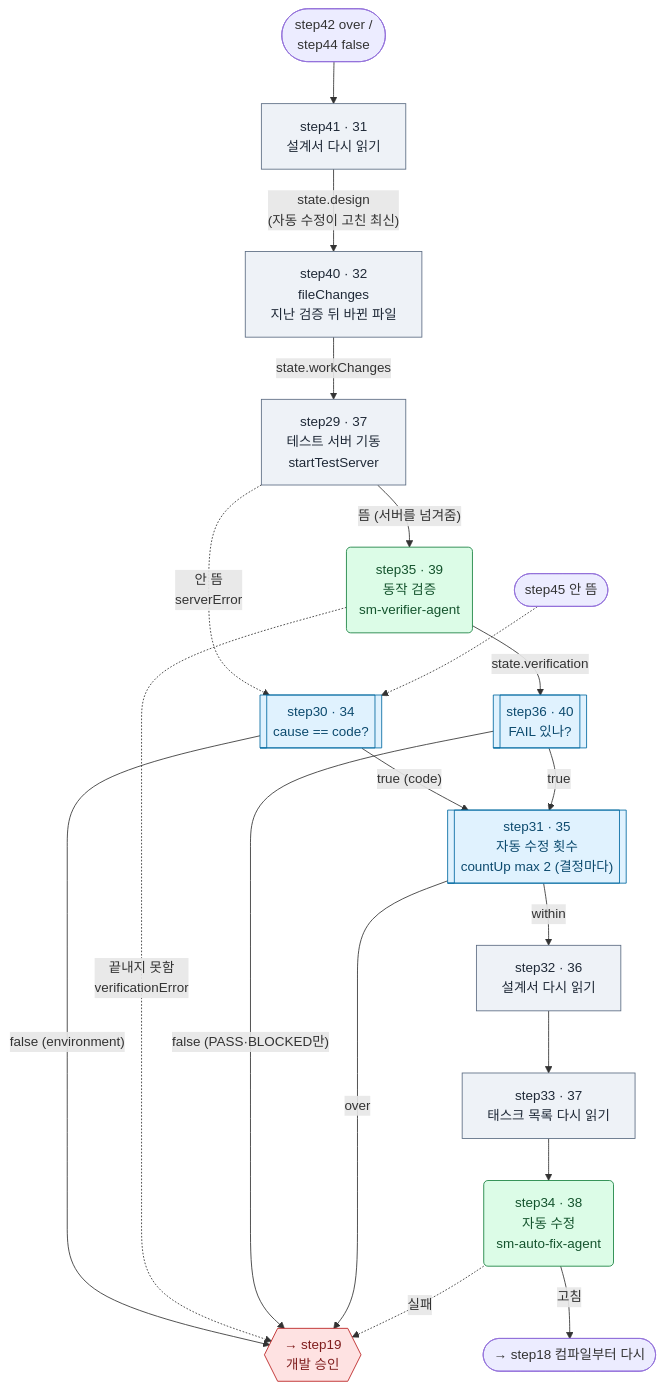
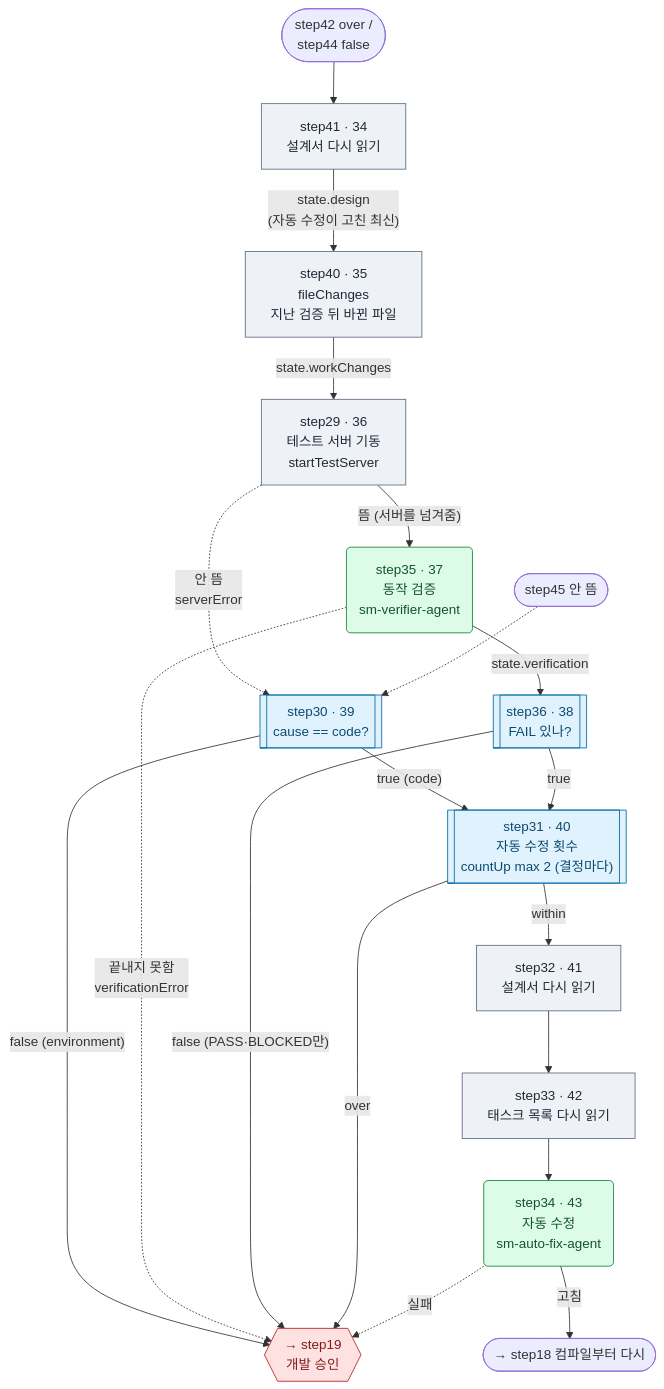
Before and after one commit to YongSoekChoeng/dstone: diagram 15 of 24 in docs/09.dstone-ai-engine-sm-workflow.md, drawn with Mermaid. The commit also changed other lines of this file and 27 other files, not shown here.

````diff
--- a/docs/09.dstone-ai-engine-sm-workflow.md
+++ b/docs/09.dstone-ai-engine-sm-workflow.md
@@ -1197,26 +1189,26 @@
 ```mermaid
 flowchart TD
-    IN(["step42 over /<br/>step44 false"]) --> step41["step41 · 31<br/>설계서 다시 읽기"]:::tool
-    step41 -->|"state.design<br/>(자동 수정이 고친 최신)"| step40["step40 · 32<br/>fileChanges<br/>지난 검증 뒤 바뀐 파일"]:::tool
-    step40 -->|state.workChanges| step29["step29 · 37<br/>테스트 서버 기동<br/>startTestServer"]:::tool
-    step29 -->|"뜸 (서버를 넘겨줌)"| step35("step35 · 39<br/>동작 검증<br/>sm-verifier-agent"):::agent
-    step29 -.->|"안 뜸<br/>serverError"| step30[["step30 · 34<br/>cause == code?"]]:::route
+    IN(["step42 over /<br/>step44 false"]) --> step41["step41 · 34<br/>설계서 다시 읽기"]:::tool
+    step41 -->|"state.design<br/>(자동 수정이 고친 최신)"| step40["step40 · 35<br/>fileChanges<br/>지난 검증 뒤 바뀐 파일"]:::tool
+    step40 -->|state.workChanges| step29["step29 · 36<br/>테스트 서버 기동<br/>startTestServer"]:::tool
+    step29 -->|"뜸 (서버를 넘겨줌)"| step35("step35 · 37<br/>동작 검증<br/>sm-verifier-agent"):::agent
+    step29 -.->|"안 뜸<br/>serverError"| step30[["step30 · 39<br/>cause == code?"]]:::route
     S45(["step45 안 뜸"]) -.-> step30
     step30 -->|"false (environment)"| step19{{"→ step19<br/>개발 승인"}}:::appr
     step30 -->|"true (code)"| step31
-    step35 -->|state.verification| step36[["step36 · 40<br/>FAIL 있나?"]]:::route
+    step35 -->|state.verification| step36[["step36 · 38<br/>FAIL 있나?"]]:::route
     step35 -.->|"끝내지 못함<br/>verificationError"| step19
     step36 -->|"false (PASS·BLOCKED만)"| step19
-    step36 -->|true| step31[["step31 · 35<br/>자동 수정 횟수<br/>countUp max 2 (결정마다)"]]:::route
+    step36 -->|true| step31[["step31 · 40<br/>자동 수정 횟수<br/>countUp max 2 (결정마다)"]]:::route
     step31 -->|over| step19
-    step31 -->|within| step32["step32 · 36<br/>설계서 다시 읽기"]:::tool
-    step32 --> step33["step33 · 37<br/>태스크 목록 다시 읽기"]:::tool
-    step33 --> step34("step34 · 38<br/>자동 수정<br/>sm-auto-fix-agent"):::agent
+    step31 -->|within| step32["step32 · 41<br/>설계서 다시 읽기"]:::tool
+    step32 --> step33["step33 · 42<br/>태스크 목록 다시 읽기"]:::tool
+    step33 --> step34("step34 · 43<br/>자동 수정<br/>sm-auto-fix-agent"):::agent
     step34 -->|"고침"| step18(["→ step18 컴파일부터 다시"])
     step34 -.->|실패| step19
 
     classDef tool fill:#eef2f7,stroke:#5b6b82,color:#1f2937
     classDef route fill:#e0f2fe,stroke:#0369a1,color:#0c4a6e
     classDef agent fill:#dcfce7,stroke:#15803d,color:#14532d
     classDef appr fill:#fee2e2,stroke:#b91c1c,color:#7f1d1d
 ```
````
